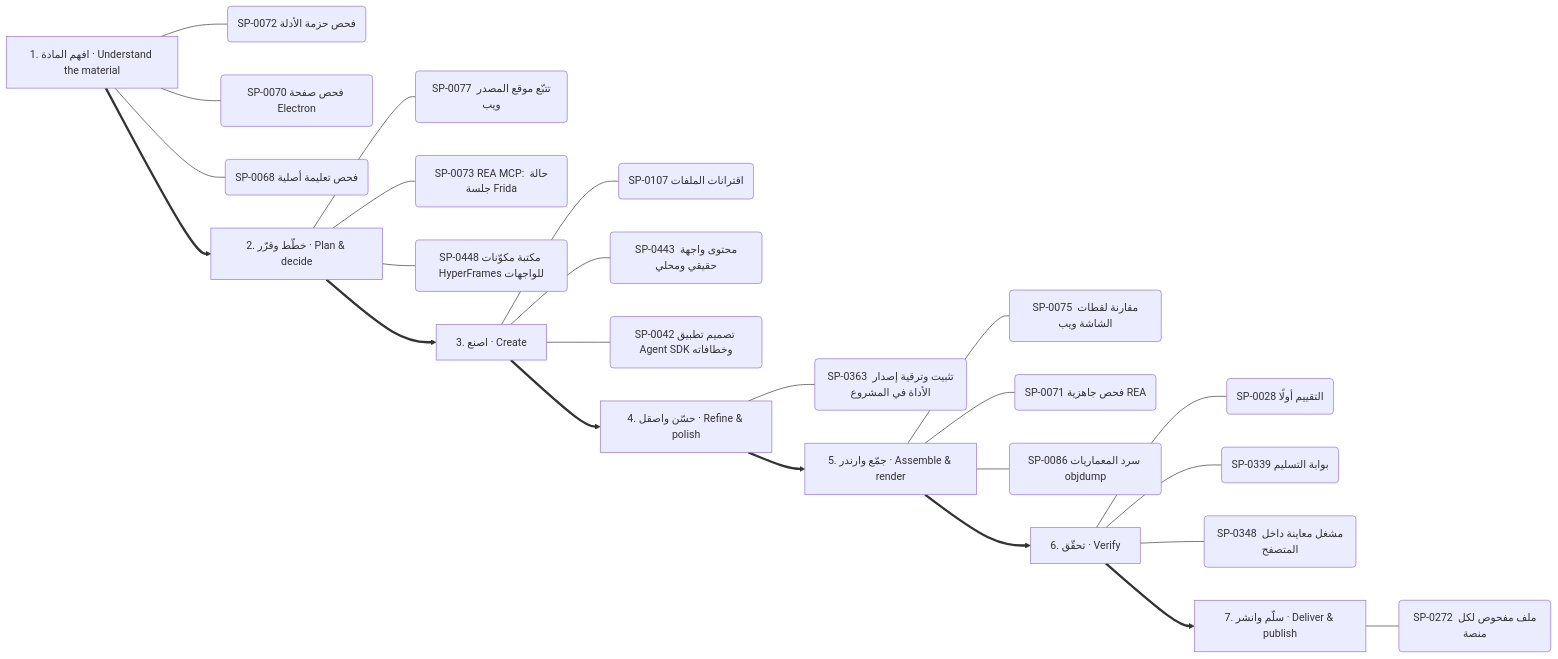
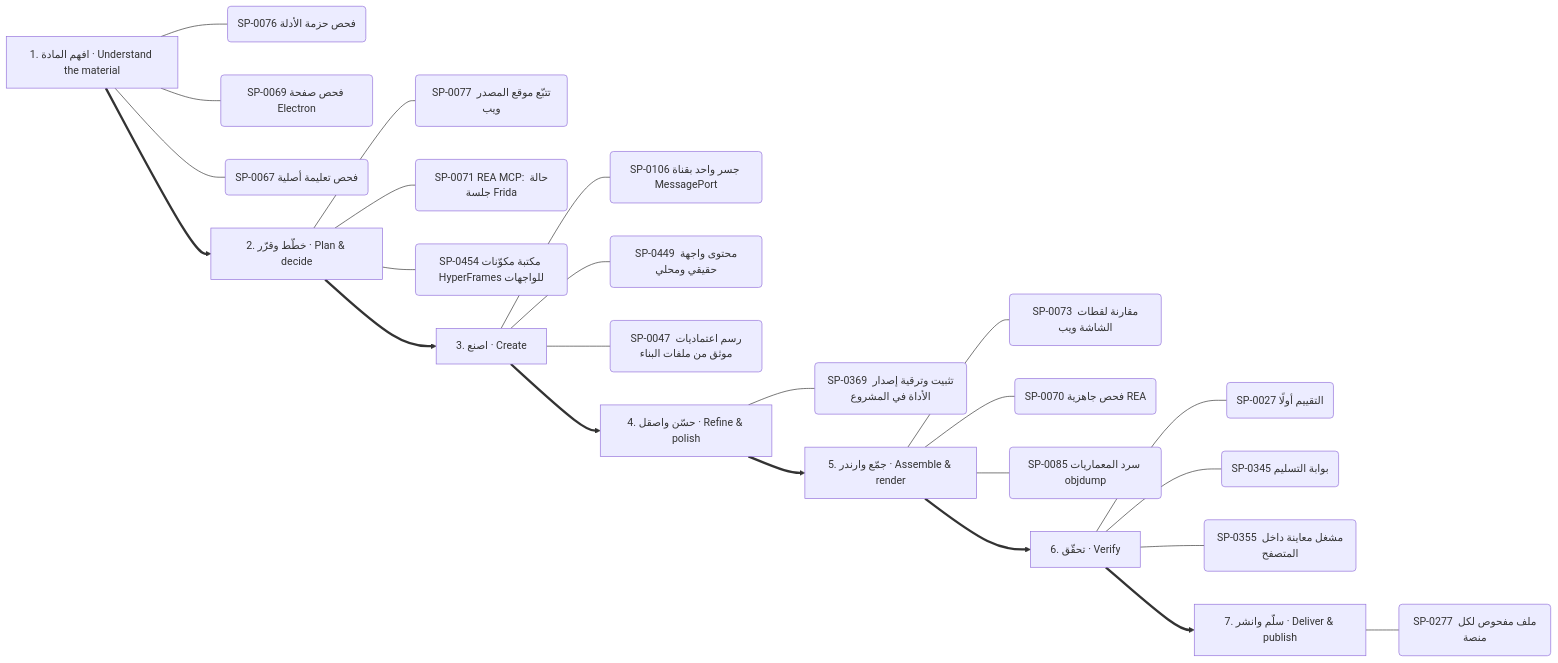
Before and after one commit to kosif199022-jpg/kosif-tool: diagram 11 of 13 in .claude/skills/kosif-superpowers/references/capability-mindmap.md, drawn with Mermaid. The commit also changed other lines of this file and 146 other files, not shown here.

````diff
--- a/.claude/skills/kosif-superpowers/references/capability-mindmap.md
+++ b/.claude/skills/kosif-superpowers/references/capability-mindmap.md
@@ -546,33 +546,33 @@
 ```mermaid
 flowchart LR
   S0["1. افهم المادة · Understand the material"]
-  S0 --- S0_0("SP-0072 فحص حزمة الأدلة")
-  S0 --- S0_1("SP-0070 فحص صفحة Electron")
-  S0 --- S0_2("SP-0068 فحص تعليمة أصلية")
+  S0 --- S0_0("SP-0076 فحص حزمة الأدلة")
+  S0 --- S0_1("SP-0069 فحص صفحة Electron")
+  S0 --- S0_2("SP-0067 فحص تعليمة أصلية")
   S1["2. خطّط وقرّر · Plan & decide"]
   S1 --- S1_0("SP-0077 تتبّع موقع المصدر ويب")
-  S1 --- S1_1("SP-0073 REA MCP: حالة جلسة Frida")
-  S1 --- S1_2("SP-0448 مكتبة مكوّنات HyperFrames للواجهات")
+  S1 --- S1_1("SP-0071 REA MCP: حالة جلسة Frida")
+  S1 --- S1_2("SP-0454 مكتبة مكوّنات HyperFrames للواجهات")
   S0 ==> S1
   S2["3. اصنع · Create"]
-  S2 --- S2_0("SP-0107 اقترانات الملفات")
-  S2 --- S2_1("SP-0443 محتوى واجهة حقيقي ومحلي")
-  S2 --- S2_2("SP-0042 تصميم تطبيق Agent SDK وخطافاته")
+  S2 --- S2_0("SP-0106 جسر واحد بقناة MessagePort")
+  S2 --- S2_1("SP-0449 محتوى واجهة حقيقي ومحلي")
+  S2 --- S2_2("SP-0047 رسم اعتماديات موثق من ملفات البناء")
   S1 ==> S2
   S3["4. حسّن واصقل · Refine & polish"]
-  S3 --- S3_0("SP-0363 تثبيت وترقية إصدار الأداة في المشروع")
+  S3 --- S3_0("SP-0369 تثبيت وترقية إصدار الأداة في المشروع")
   S2 ==> S3
   S4["5. جمّع وارندر · Assemble & render"]
-  S4 --- S4_0("SP-0075 مقارنة لقطات الشاشة ويب")
-  S4 --- S4_1("SP-0071 فحص جاهزية REA")
-  S4 --- S4_2("SP-0086 سرد المعماريات objdump")
+  S4 --- S4_0("SP-0073 مقارنة لقطات الشاشة ويب")
+  S4 --- S4_1("SP-0070 فحص جاهزية REA")
+  S4 --- S4_2("SP-0085 سرد المعماريات objdump")
   S3 ==> S4
   S5["6. تحقّق · Verify"]
-  S5 --- S5_0("SP-0028 التقييم أولًا")
-  S5 --- S5_1("SP-0339 بوابة التسليم")
-  S5 --- S5_2("SP-0348 مشغل معاينة داخل المتصفح")
+  S5 --- S5_0("SP-0027 التقييم أولًا")
+  S5 --- S5_1("SP-0345 بوابة التسليم")
+  S5 --- S5_2("SP-0355 مشغل معاينة داخل المتصفح")
   S4 ==> S5
   S6["7. سلّم وانشر · Deliver & publish"]
-  S6 --- S6_0("SP-0272 ملف مفحوص لكل منصة")
+  S6 --- S6_0("SP-0277 ملف مفحوص لكل منصة")
   S5 ==> S6
 ```
````
